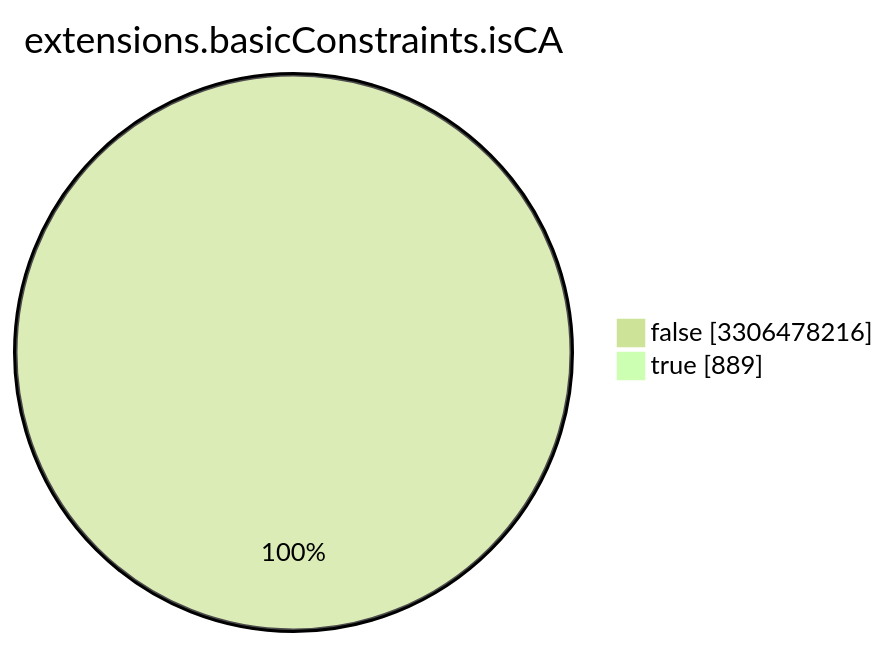
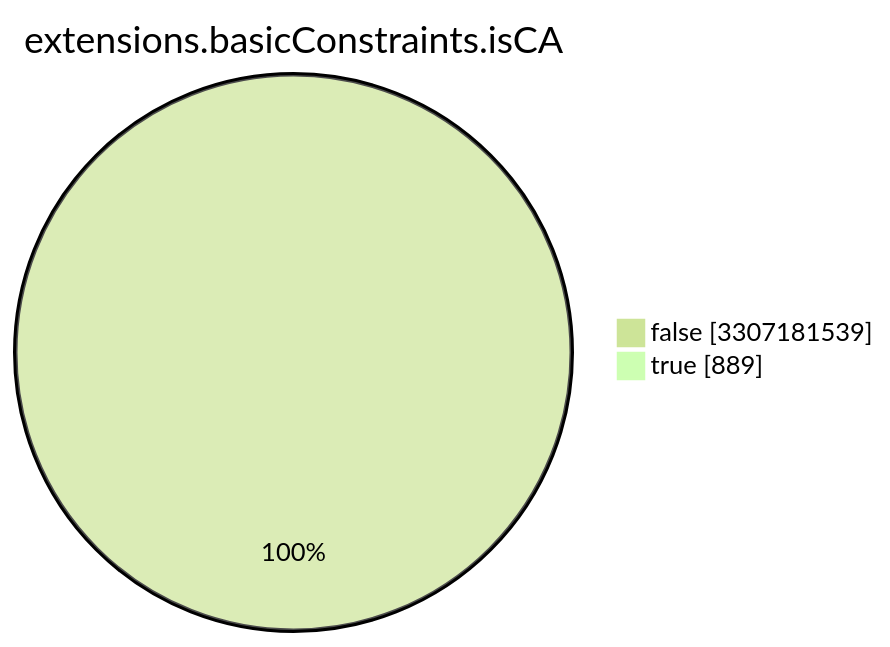
One commit to christiankrug/ctmonitor_visualization changed the seventh of 15 diagrams in TOTAL/README.md. Above: the diagram before and after it, drawn with Mermaid (forest theme). The commit also changed other lines of this file, not shown here.

````diff
--- a/TOTAL/README.md
+++ b/TOTAL/README.md
@@ -3089,6 +3089,6 @@
 ```mermaid
 pie showData
 title extensions.basicConstraints.isCA
-"false" :3306478216
+"false" :3307181539
 "true" :889
 ```
````
